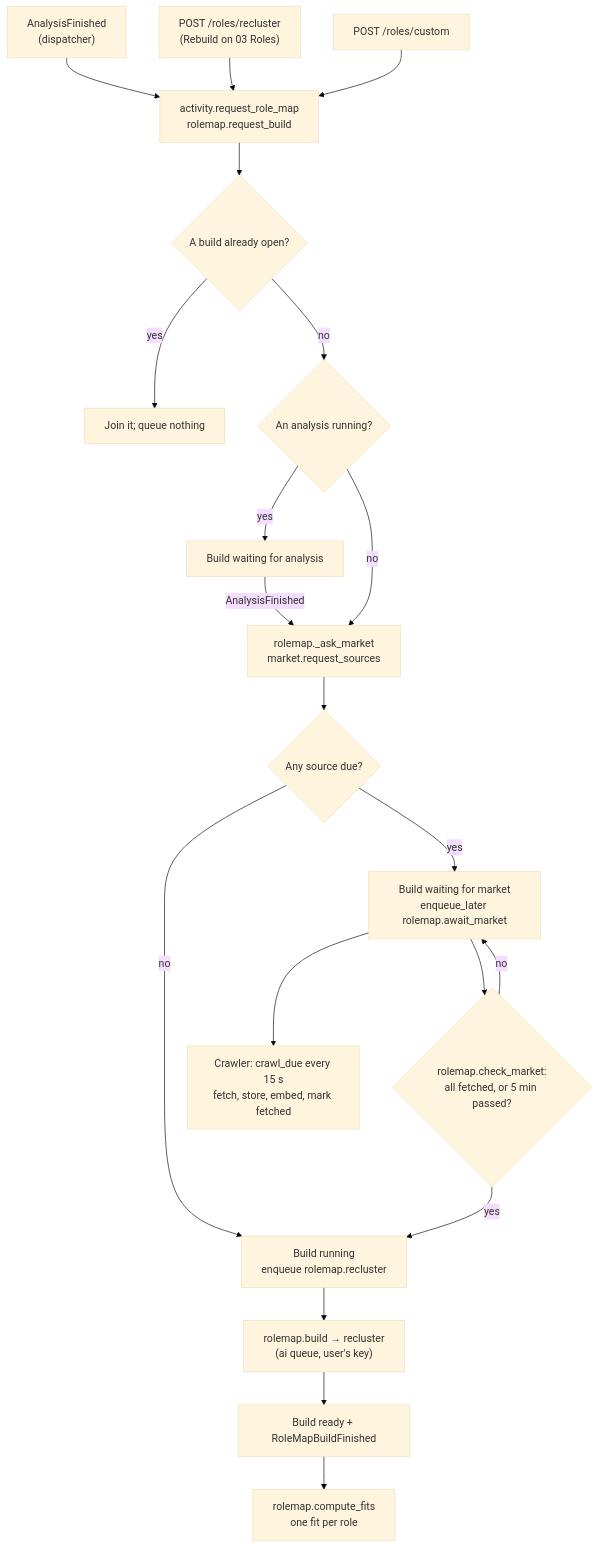
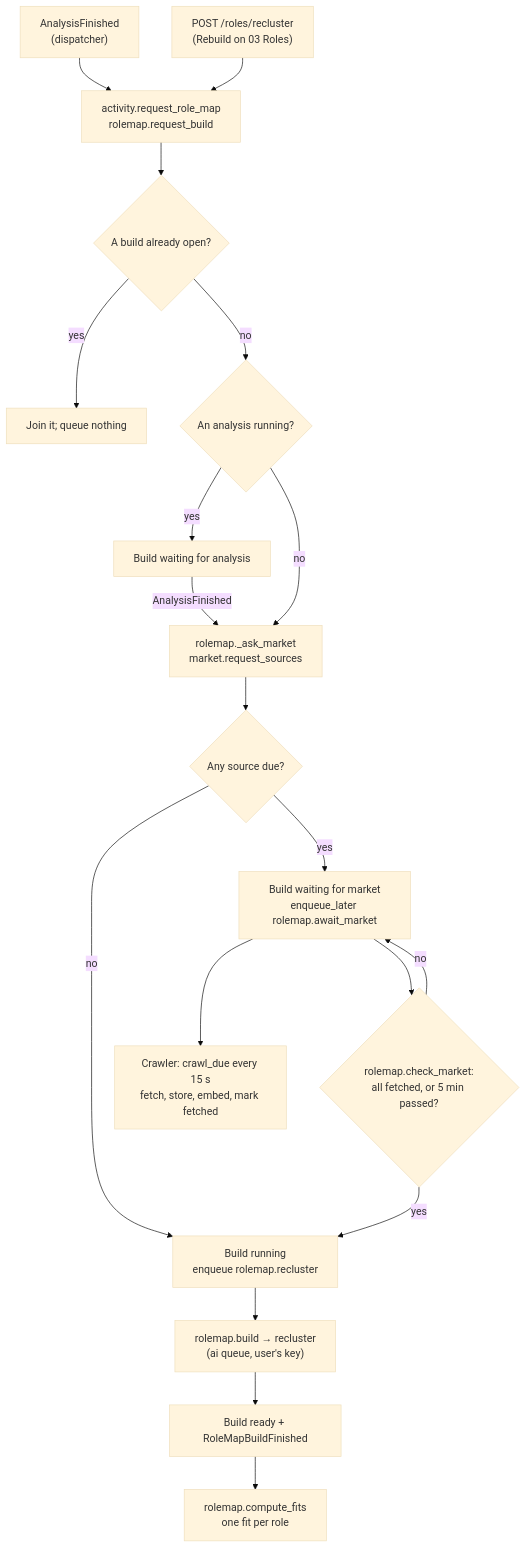
The diagram in docs/technical/role-map-build.md (ycc789741ycc/career-polaris), drawn with Mermaid (base theme) before and after one commit. The commit also changed other lines of this file and 117 other files, not shown here.

````diff
--- a/docs/technical/role-map-build.md
+++ b/docs/technical/role-map-build.md
@@ -16,26 +16,25 @@
 ```mermaid
 flowchart TD
     Analysis["AnalysisFinished<br>(dispatcher)"] --> Request
     Rebuild["POST /roles/recluster<br>(Rebuild on 03 Roles)"] --> Request
-    Custom["POST /roles/custom"] --> Request
 
     Request["activity.request_role_map<br>rolemap.request_build"] --> Open{"A build already open?"}
     Open -->|"yes"| Join["Join it; queue nothing"]
     Open -->|"no"| Analysing{"An analysis running?"}
     Analysing -->|"yes"| WaitAnalysis["Build waiting for analysis"]
     WaitAnalysis -->|"AnalysisFinished"| Ask
     Analysing -->|"no"| Ask["rolemap._ask_market<br>market.request_sources"]
 
     Ask --> Due{"Any source due?"}
     Due -->|"no"| Start["Build running<br>enqueue rolemap.recluster"]
     Due -->|"yes"| WaitMarket["Build waiting for market<br>enqueue_later rolemap.await_market"]
 
     WaitMarket --> Crawler["Crawler: crawl_due every 15 s<br>fetch, store, embed, mark fetched"]
     WaitMarket --> Check{"rolemap.check_market:<br>all fetched, or 5 min passed?"}
     Check -->|"no"| WaitMarket
     Check -->|"yes"| Start
 
     Start --> Build["rolemap.build → recluster<br>(ai queue, user's key)"]
     Build --> Finished["Build ready + RoleMapBuildFinished"]
     Finished --> Fits["rolemap.compute_fits<br>one fit per role"]
 ```
````
